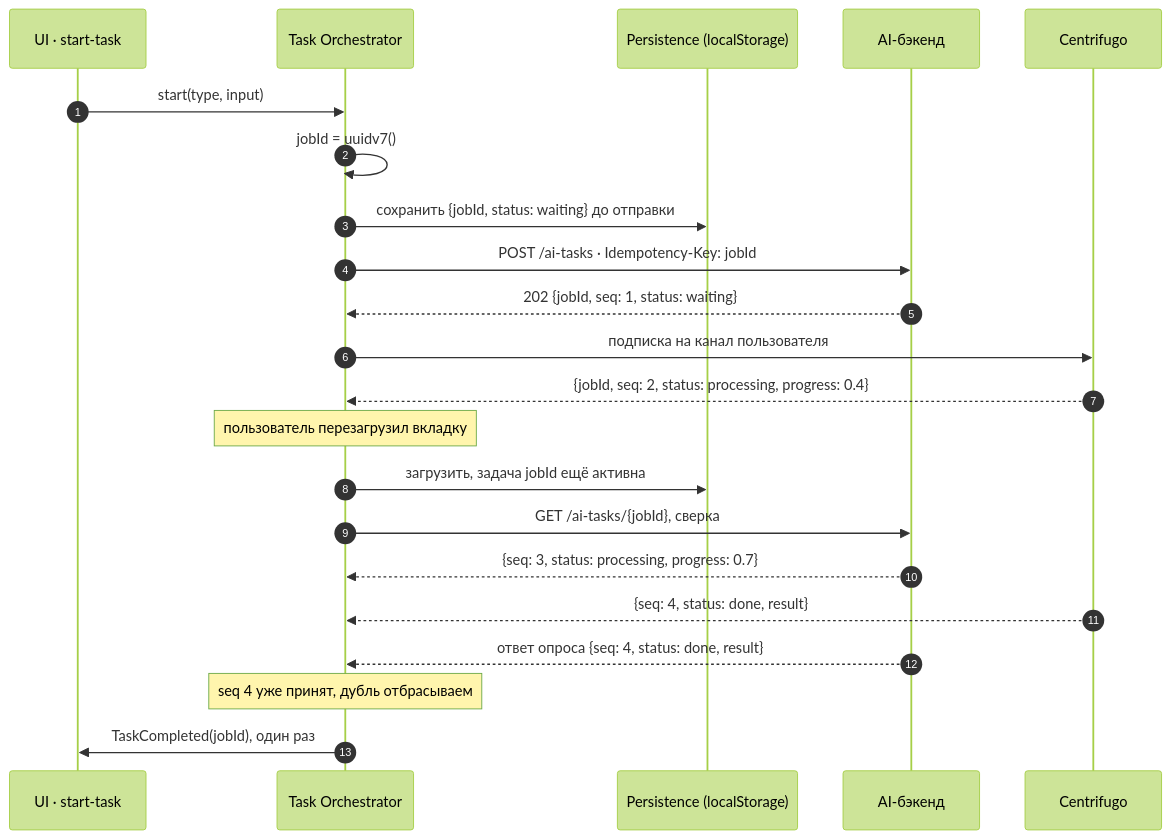
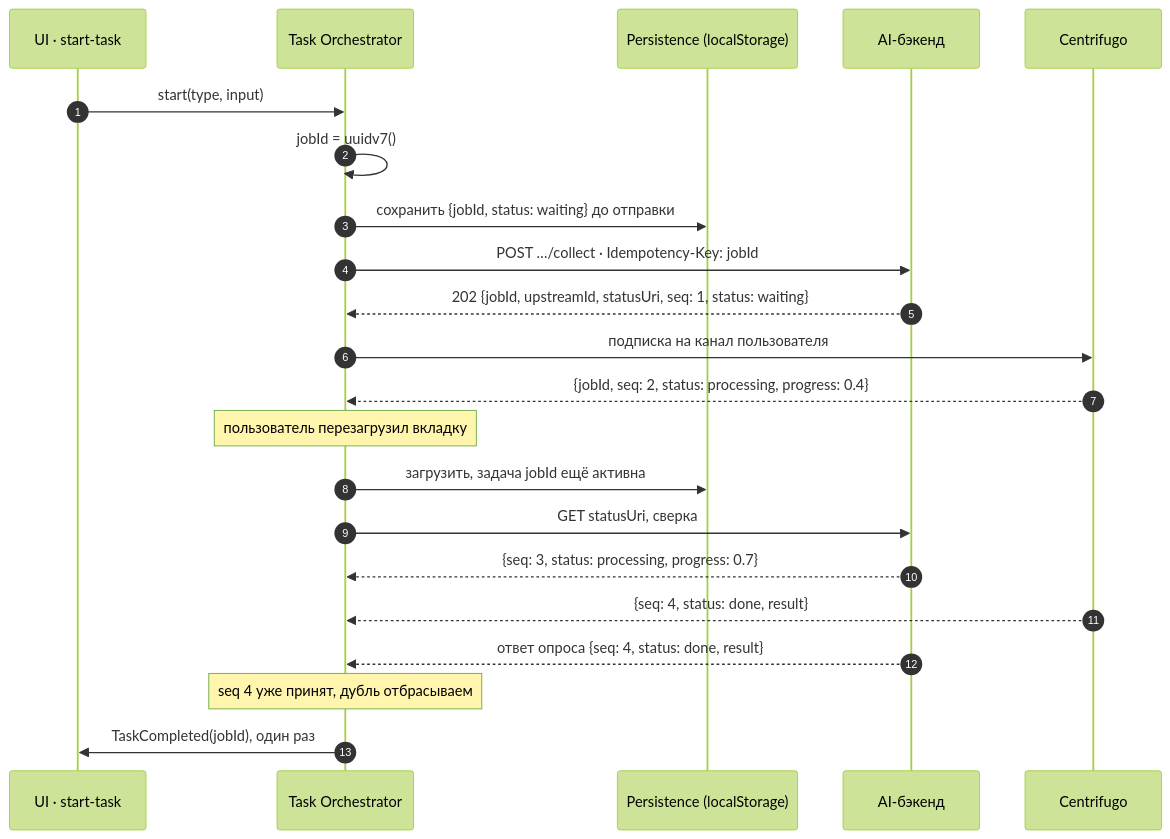
Before and after one commit to MaximTertyshnyi/otus-software-architecture: the first of 2 diagrams in docs/06-interaction-model.md, drawn with Mermaid (forest theme). The commit also changed other lines of this file and 2 other files, not shown here.

Commit message:
docs: seams table, job-id in POST collect, unified job contract, ordering example

````diff
--- a/docs/06-interaction-model.md
+++ b/docs/06-interaction-model.md
@@ -67,25 +82,25 @@
 ```mermaid
 sequenceDiagram
   autonumber
   participant UI as UI · start-task
   participant O as Task Orchestrator
   participant S as Persistence (localStorage)
   participant B as AI-бэкенд
   participant C as Centrifugo
 
   UI->>O: start(type, input)
   O->>O: jobId = uuidv7()
   O->>S: сохранить {jobId, status: waiting} до отправки
-  O->>B: POST /ai-tasks · Idempotency-Key: jobId
-  B-->>O: 202 {jobId, seq: 1, status: waiting}
+  O->>B: POST …/collect · Idempotency-Key: jobId
+  B-->>O: 202 {jobId, upstreamId, statusUri, seq: 1, status: waiting}
   O->>C: подписка на канал пользователя
   C-->>O: {jobId, seq: 2, status: processing, progress: 0.4}
   Note over O: пользователь перезагрузил вкладку
   O->>S: загрузить, задача jobId ещё активна
-  O->>B: GET /ai-tasks/{jobId}, сверка
+  O->>B: GET statusUri, сверка
   B-->>O: {seq: 3, status: processing, progress: 0.7}
   C-->>O: {seq: 4, status: done, result}
   B-->>O: ответ опроса {seq: 4, status: done, result}
   Note over O: seq 4 уже принят, дубль отбрасываем
   O->>UI: TaskCompleted(jobId), один раз
 ```
````
